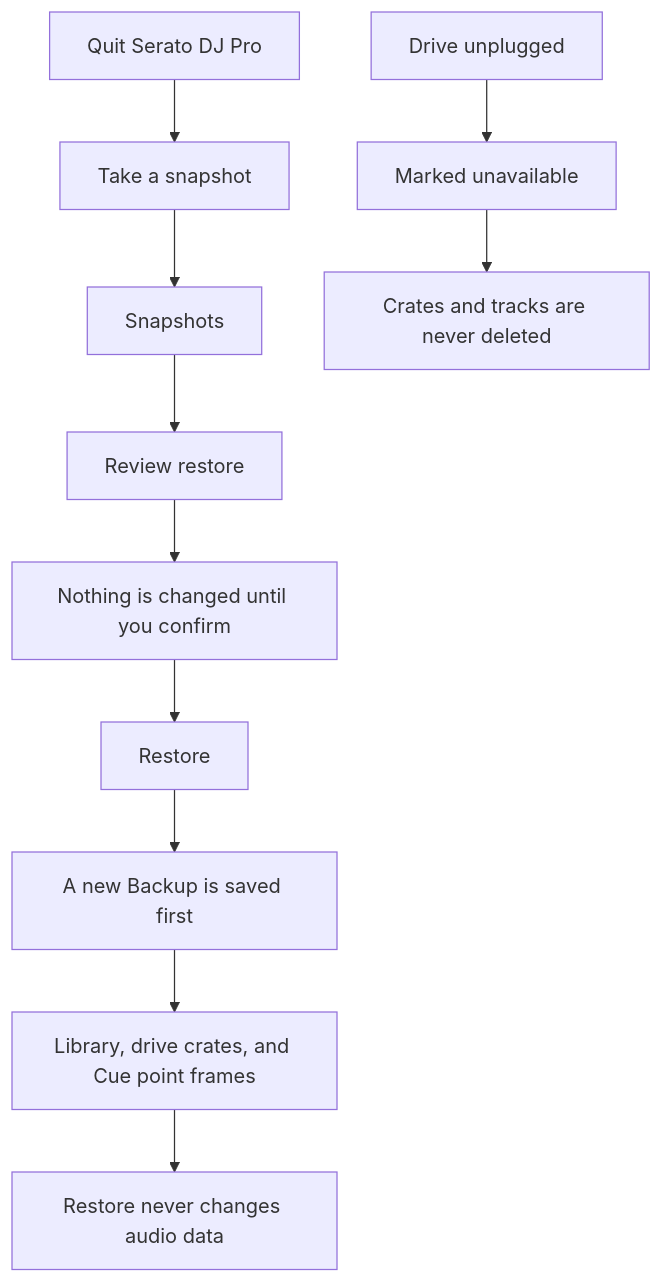
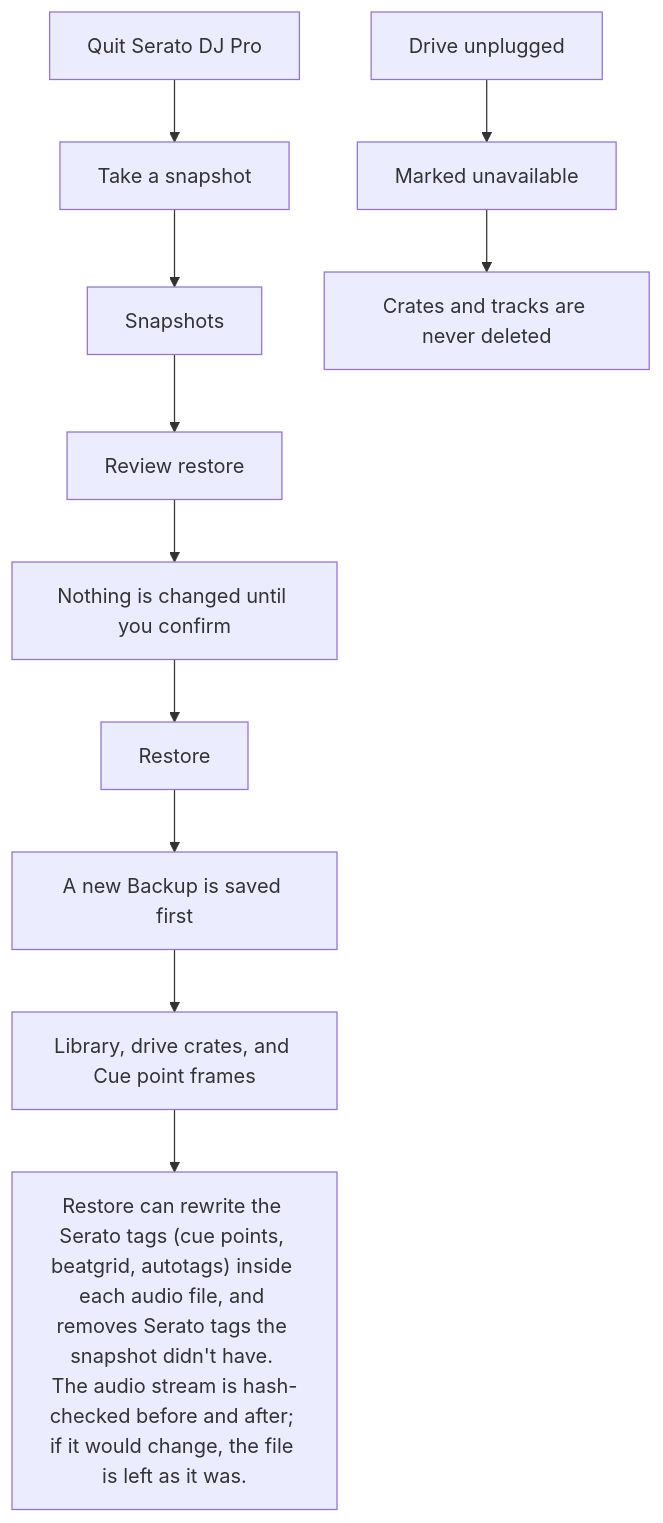
The diagram in docs/wiki/Backups-and-Restore.md (mookiejones/serato-library-manager), drawn with Mermaid before and after one commit. The commit also changed other lines of this file and 26 other files, not shown here.

````diff
--- a/docs/wiki/Backups-and-Restore.md
+++ b/docs/wiki/Backups-and-Restore.md
@@ -9,13 +12,13 @@
 ```mermaid
 flowchart TD
   quit["Quit Serato DJ Pro"] --> take["Take a snapshot"]
   take --> list["Snapshots"]
   list --> review["Review restore"]
   review --> plan["Nothing is changed until you confirm"]
   plan --> confirm["Restore"]
   confirm --> pre["A new Backup is saved first"]
   pre --> put["Library, drive crates, and Cue point frames"]
-  put --> audio["Restore never changes audio data"]
+  put --> audio["Restore can rewrite the Serato tags (cue points, beatgrid, autotags) inside each audio file, and removes Serato tags the snapshot didn't have. The audio stream is hash-checked before and after; if it would change, the file is left as it was."]
   unplug["Drive unplugged"] --> mark["Marked unavailable"]
   mark --> keep["Crates and tracks are never deleted"]
 ```
````
